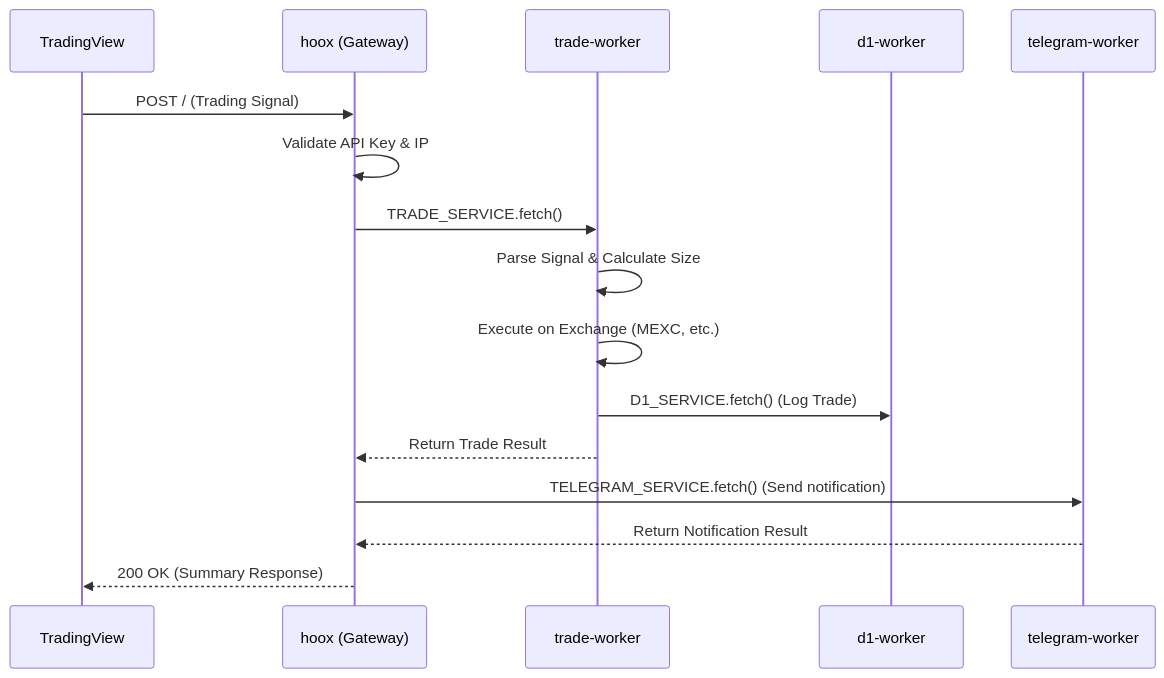
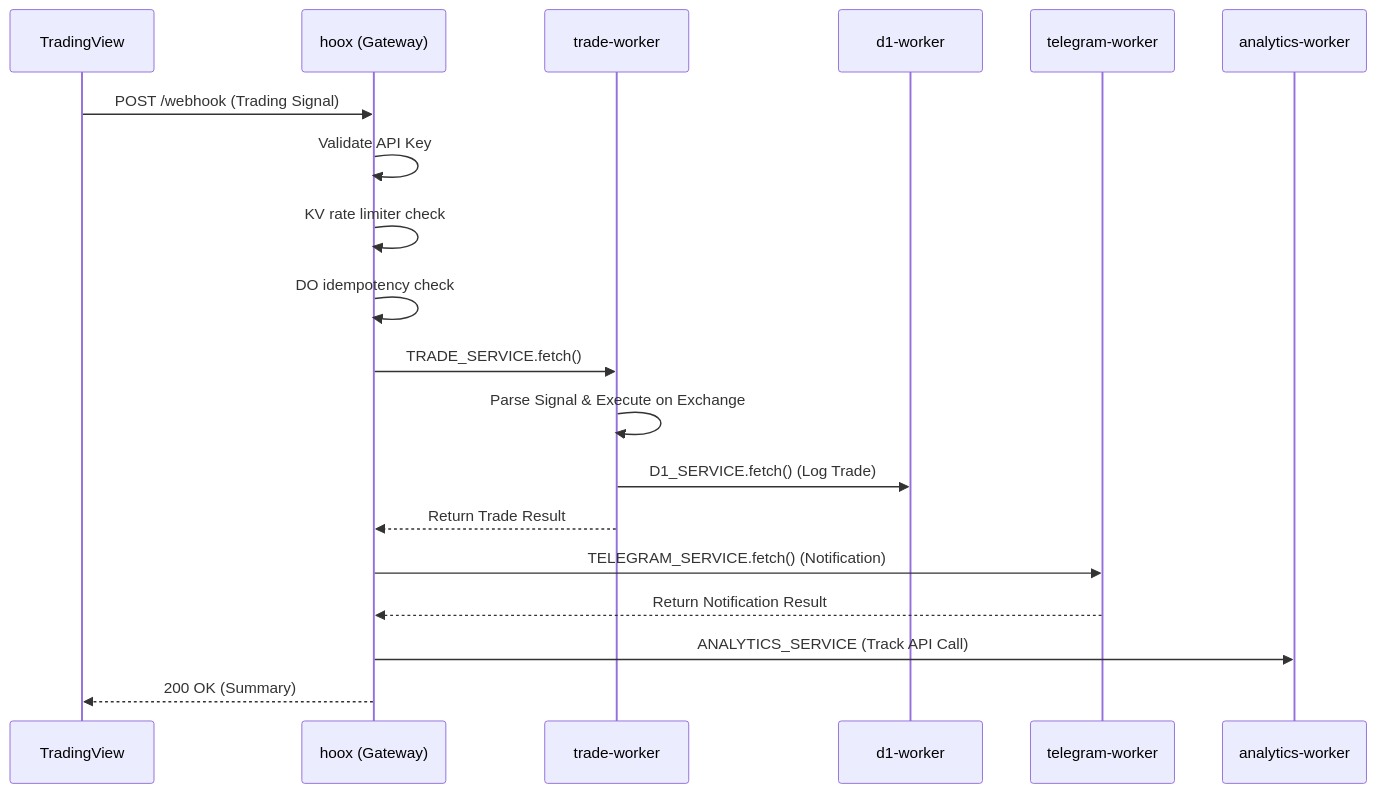
The first of 4 diagrams in docs/architecture/data-flow.md (jango-blockchained/hoox-setup), drawn with Mermaid before and after one commit. The commit also changed other lines of this file and 9 other files, not shown here.

````diff
--- a/docs/architecture/data-flow.md
+++ b/docs/architecture/data-flow.md
@@ -9,19 +9,22 @@
 ```mermaid
 sequenceDiagram
     participant TV as TradingView
     participant Hoox as hoox (Gateway)
     participant Trade as trade-worker
     participant D1 as d1-worker
     participant TG as telegram-worker
+    participant AE as analytics-worker
 
-    TV->>Hoox: POST / (Trading Signal)
-    Hoox->>Hoox: Validate API Key & IP
+    TV->>Hoox: POST /webhook (Trading Signal)
+    Hoox->>Hoox: Validate API Key
+    Hoox->>Hoox: KV rate limiter check
+    Hoox->>Hoox: DO idempotency check
     Hoox->>Trade: TRADE_SERVICE.fetch()
-    Trade->>Trade: Parse Signal & Calculate Size
-    Trade->>Trade: Execute on Exchange (MEXC, etc.)
+    Trade->>Trade: Parse Signal & Execute on Exchange
     Trade->>D1: D1_SERVICE.fetch() (Log Trade)
     Trade-->>Hoox: Return Trade Result
-    Hoox->>TG: TELEGRAM_SERVICE.fetch() (Send notification)
+    Hoox->>TG: TELEGRAM_SERVICE.fetch() (Notification)
     TG-->>Hoox: Return Notification Result
-    Hoox-->>TV: 200 OK (Summary Response)
+    Hoox->>AE: ANALYTICS_SERVICE (Track API Call)
+    Hoox-->>TV: 200 OK (Summary)
 ```
````
